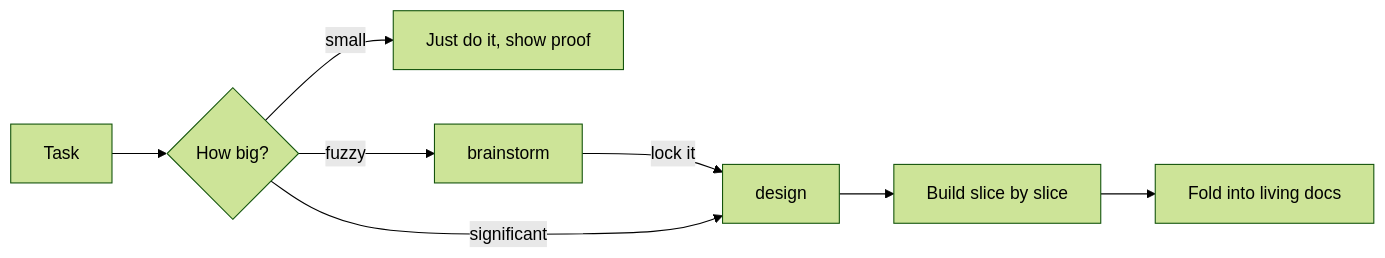
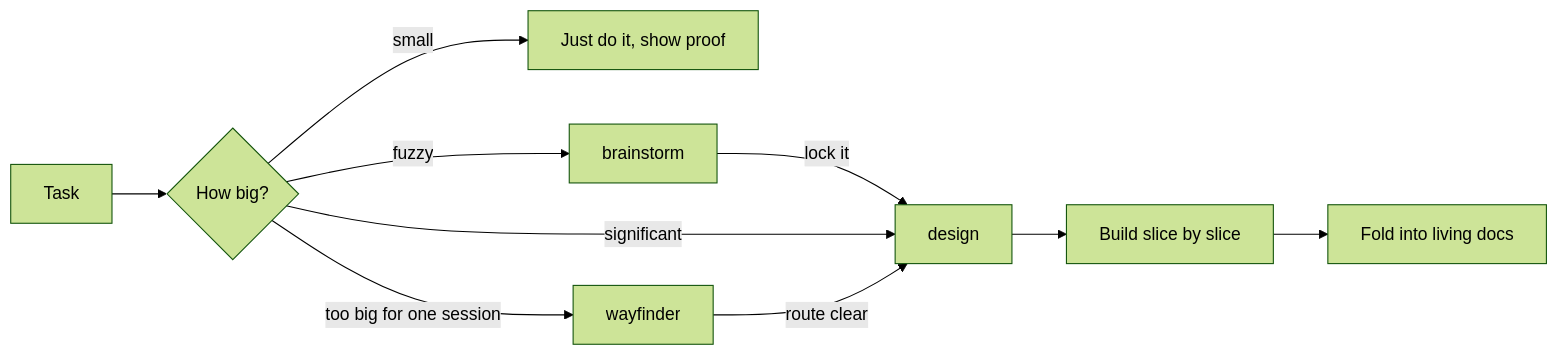
One commit to LaiAnTan/agentic-setup changed the diagram in README.md. Above: the diagram before and after it, drawn with Mermaid (forest theme). The commit also changed other lines of this file and 4 other files, not shown here.

````diff
--- a/README.md
+++ b/README.md
@@ -32,10 +32,12 @@
 ```mermaid
 flowchart LR
   T[Task] --> Z{How big?}
   Z -- small --> J[Just do it, show proof]
   Z -- fuzzy --> B[brainstorm]
   B -- lock it --> D[design]
   Z -- significant --> D
+  Z -- too big for one session --> W[wayfinder]
+  W -- route clear --> D
   D --> S[Build slice by slice]
   S --> F[Fold into living docs]
 ```
````
